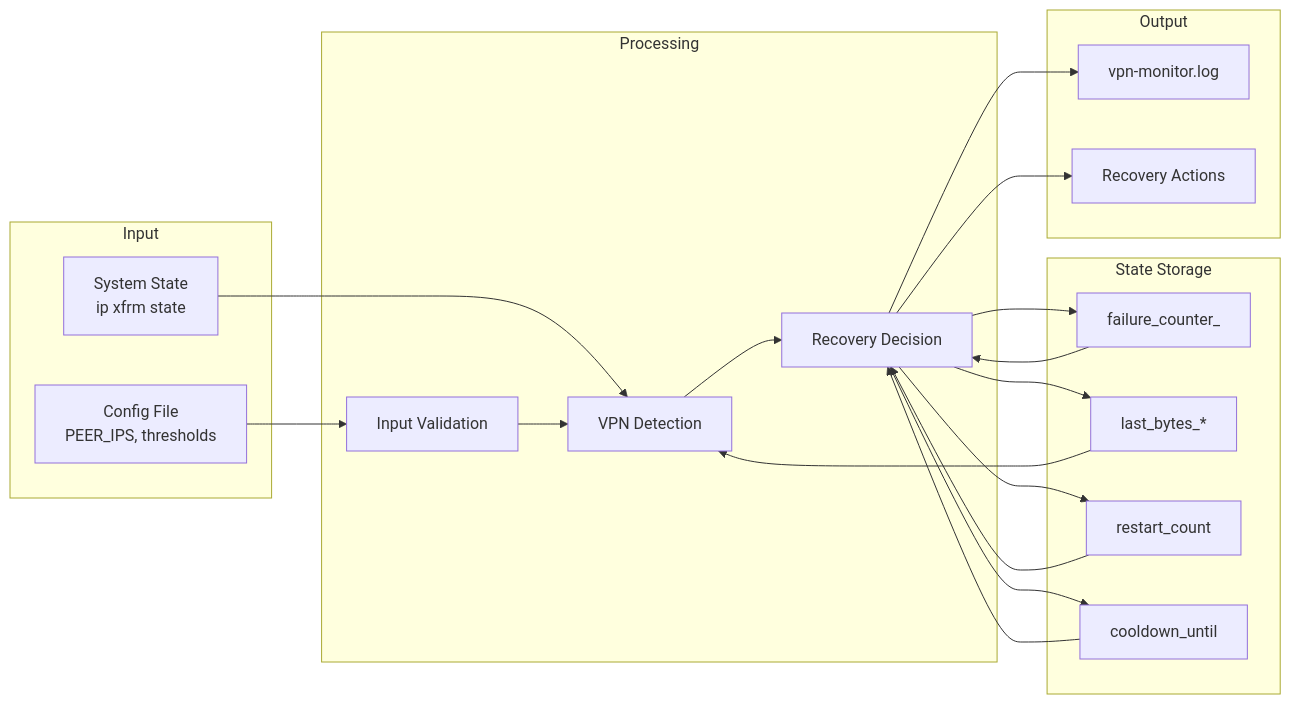
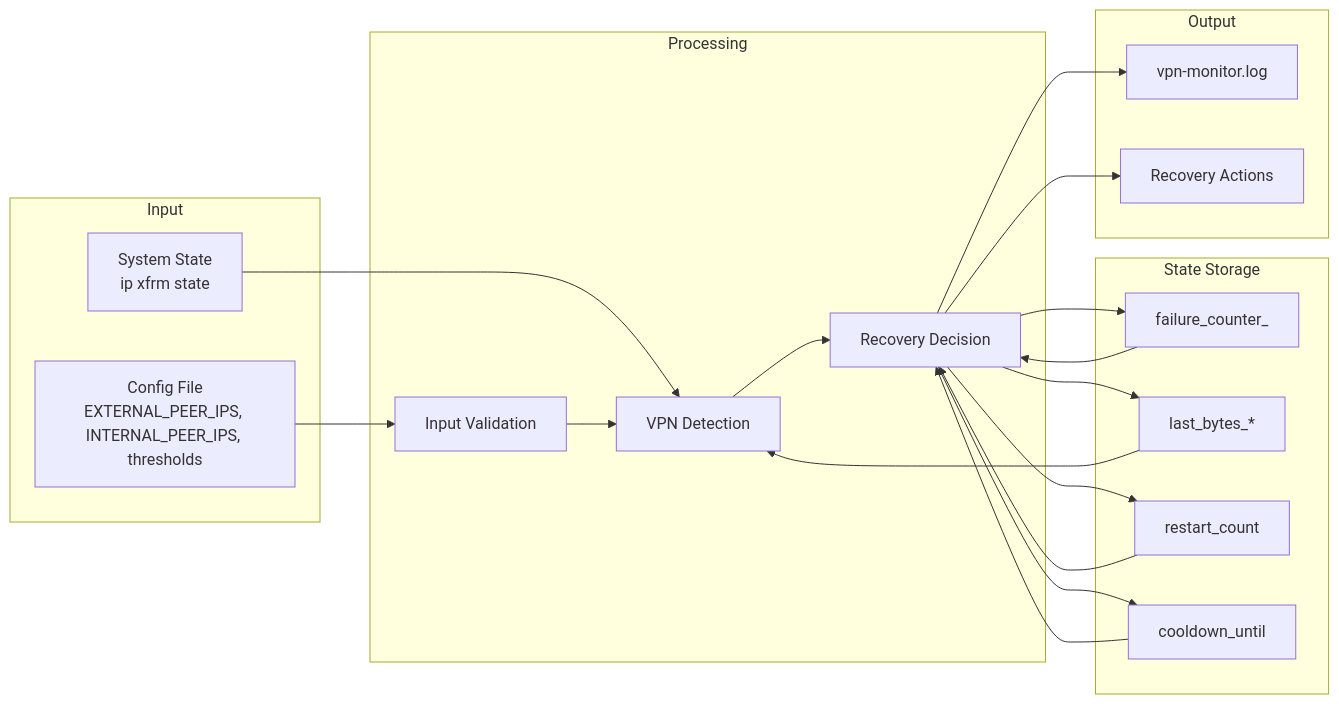
The fifth of 6 diagrams in ARCHITECTURE.md (Eccentric-Quality-Solutions/udm-vpn-monitor), drawn with Mermaid before and after one commit. The commit also changed other lines of this file and 16 other files, not shown here.

````diff
--- a/ARCHITECTURE.md
+++ b/ARCHITECTURE.md
@@ -268,40 +268,40 @@
 ```mermaid
 graph LR
     subgraph "Input"
-        ConfigFile[Config File<br/>PEER_IPS, thresholds]
+        ConfigFile[Config File<br/>EXTERNAL_PEER_IPS, INTERNAL_PEER_IPS, thresholds]
         XfrmState[System State<br/>ip xfrm state]
     end
     
     subgraph "Processing"
         Validation[Input Validation]
         Detection[VPN Detection]
         Decision[Recovery Decision]
     end
     
     subgraph "State Storage"
         FailureCounter[failure_counter_<peer_ip>]
         ByteFiles[last_bytes_*]
         RestartLog[restart_count]
         CooldownFile[cooldown_until]
     end
     
     subgraph "Output"
         LogFile[vpn-monitor.log]
         Actions[Recovery Actions]
     end
     
     ConfigFile --> Validation
     XfrmState --> Detection
     Validation --> Detection
     Detection --> Decision
     Decision --> FailureCounter
     Decision --> ByteFiles
     Decision --> RestartLog
     Decision --> CooldownFile
     Decision --> LogFile
     Decision --> Actions
     FailureCounter --> Decision
     ByteFiles --> Detection
     RestartLog --> Decision
     CooldownFile --> Decision
 ```
````
